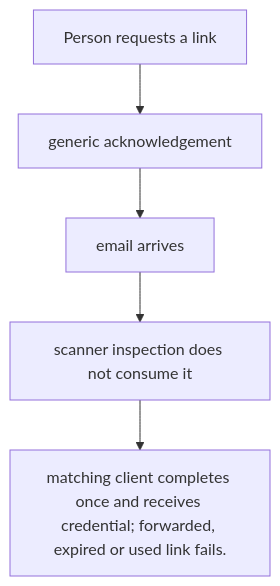
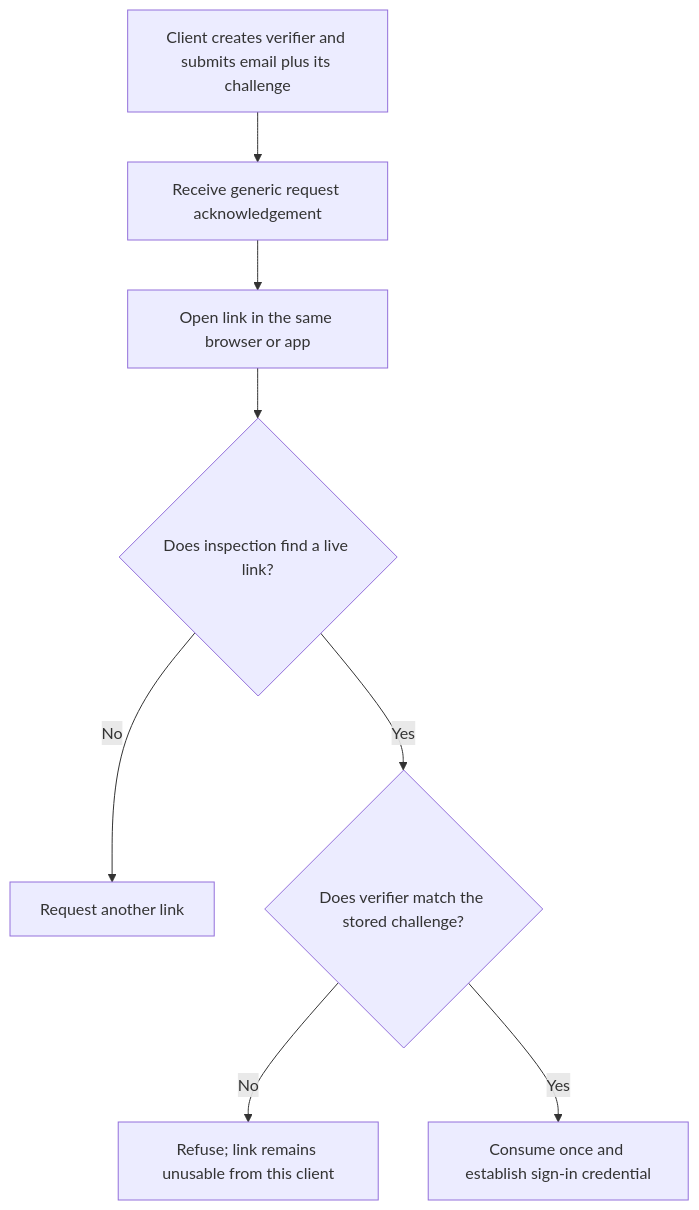
One commit to Kevinjohn/oss-adonisjs-account-kit changed the first of 2 diagrams in user-stories/US-ACCOUNT-13-magic-link.md. Above: the diagram before and after it, drawn with Mermaid. The commit also changed other lines of this file and 17 other files, not shown here.

````diff
--- a/user-stories/US-ACCOUNT-13-magic-link.md
+++ b/user-stories/US-ACCOUNT-13-magic-link.md
@@ -20,12 +18,10 @@
 ```mermaid
 flowchart TD
-    U0["Person requests a link"]
-    U1["generic acknowledgement"]
-    U0 --> U1
-    U2["email arrives"]
-    U1 --> U2
-    U3["scanner inspection does not consume it"]
-    U2 --> U3
-    U4["matching client completes once and receives credential; forwarded, expired or used link fails."]
-    U3 --> U4
+ A["Client creates verifier and submits email plus its challenge"] --> B["Receive generic request acknowledgement"]
+ B --> C["Open link in the same browser or app"]
+ C --> D{"Does inspection find a live link?"}
+ D -->|No| E["Request another link"]
+ D -->|Yes| F{"Does verifier match the stored challenge?"}
+ F -->|No| G["Refuse; link remains unusable from this client"]
+ F -->|Yes| H["Consume once and establish sign-in credential"]
 ```
````
